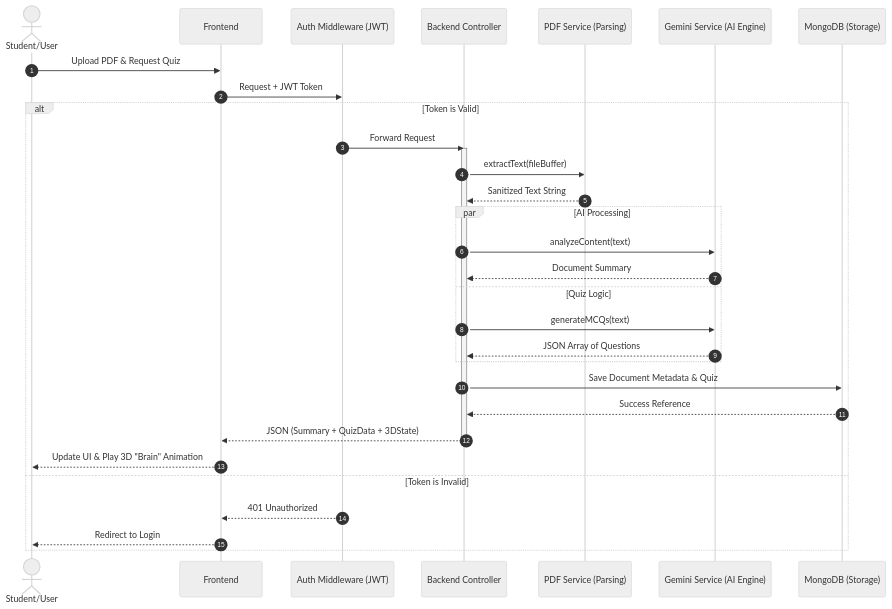
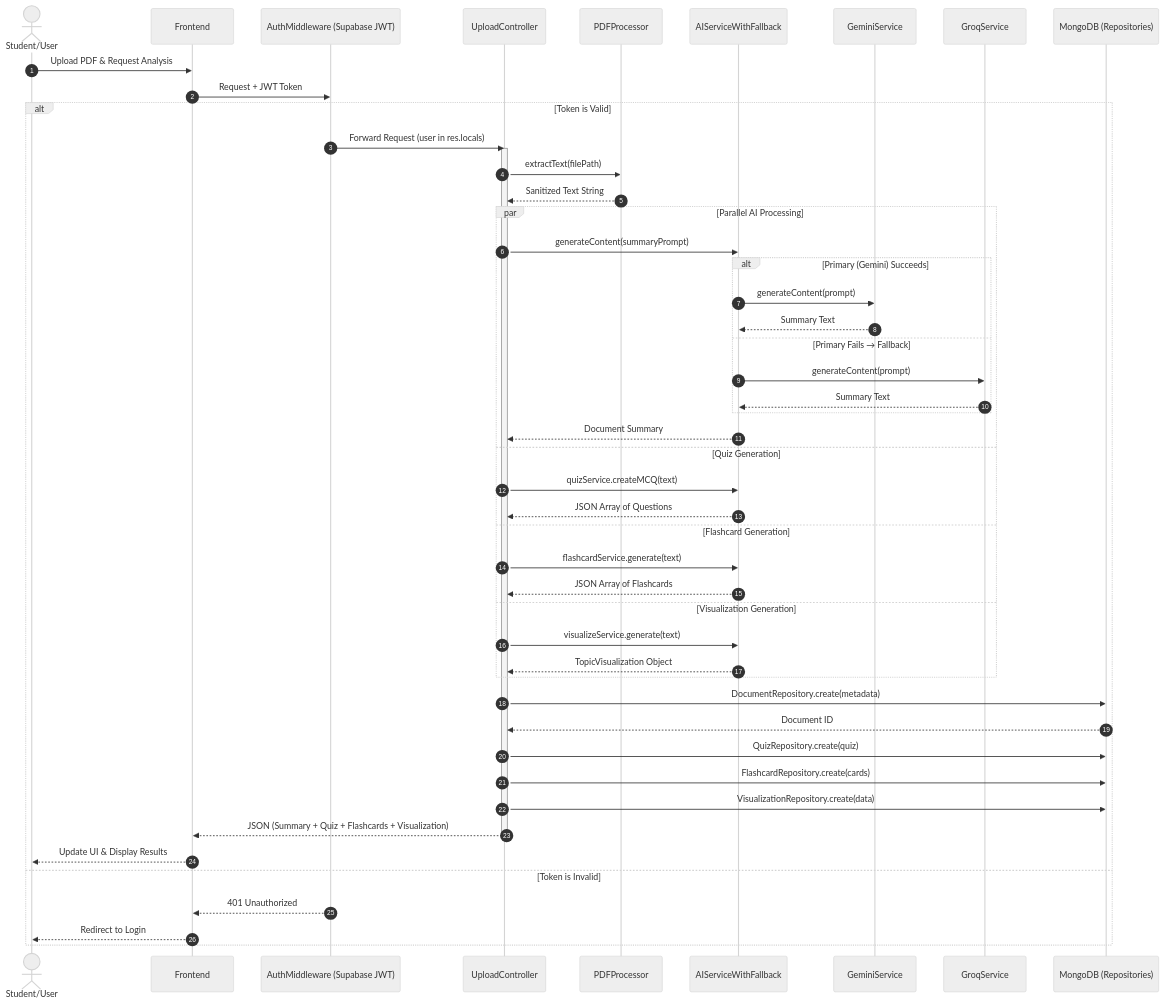
Before and after one commit to Vegapunk-debug/the-professor: the second of 3 diagrams in sequenceDiagram.md, drawn with Mermaid (neutral theme). The commit also changed other lines of this file and 4 other files, not shown here.

````diff
--- a/sequenceDiagram.md
+++ b/sequenceDiagram.md
@@ -19,39 +19,57 @@
 ```mermaid
 sequenceDiagram
     autonumber
     actor User as Student/User
-    participant FE as Frontend 
-    participant Auth as Auth Middleware (JWT)
-    participant BE as Backend Controller
-    participant PDF as PDF Service (Parsing)
-    participant AI as Gemini Service (AI Engine)
-    participant DB as MongoDB (Storage)
+    participant FE as Frontend
+    participant Auth as AuthMiddleware (Supabase JWT)
+    participant BE as UploadController
+    participant PDF as PDFProcessor
+    participant AI as AIServiceWithFallback
+    participant Gemini as GeminiService
+    participant Groq as GroqService
+    participant DB as MongoDB (Repositories)
 
-    User->>FE: Upload PDF & Request Quiz
+    User->>FE: Upload PDF & Request Analysis
     FE->>Auth: Request + JWT Token
     
     alt Token is Valid
-        Auth->>BE: Forward Request
+        Auth->>BE: Forward Request (user in res.locals)
         activate BE
-        BE->>PDF: extractText(fileBuffer)
+        BE->>PDF: extractText(filePath)
         PDF-->>BE: Sanitized Text String
         
-        par AI Processing
-            BE->>AI: analyzeContent(text)
+        par Parallel AI Processing
+            BE->>AI: generateContent(summaryPrompt)
+            alt Primary (Gemini) Succeeds
+                AI->>Gemini: generateContent(prompt)
+                Gemini-->>AI: Summary Text
+            else Primary Fails → Fallback
+                AI->>Groq: generateContent(prompt)
+                Groq-->>AI: Summary Text
+            end
             AI-->>BE: Document Summary
-        and Quiz Logic
-            BE->>AI: generateMCQs(text)
+        and Quiz Generation
+            BE->>AI: quizService.createMCQ(text)
             AI-->>BE: JSON Array of Questions
+        and Flashcard Generation
+            BE->>AI: flashcardService.generate(text)
+            AI-->>BE: JSON Array of Flashcards
+        and Visualization Generation
+            BE->>AI: visualizeService.generate(text)
+            AI-->>BE: TopicVisualization Object
         end
 
-        BE->>DB: Save Document Metadata & Quiz
-        DB-->>BE: Success Reference
+        BE->>DB: DocumentRepository.create(metadata)
+        DB-->>BE: Document ID
+        BE->>DB: QuizRepository.create(quiz)
+        BE->>DB: FlashcardRepository.create(cards)
+        BE->>DB: VisualizationRepository.create(data)
         
-        BE-->>FE: JSON (Summary + QuizData + 3DState)
+        BE-->>FE: JSON (Summary + Quiz + Flashcards + Visualization)
         deactivate BE
-        FE-->>User: Update UI & Play 3D "Brain" Animation
+        FE-->>User: Update UI & Display Results
     else Token is Invalid
         Auth-->>FE: 401 Unauthorized
         FE-->>User: Redirect to Login
     end
 ```
````
